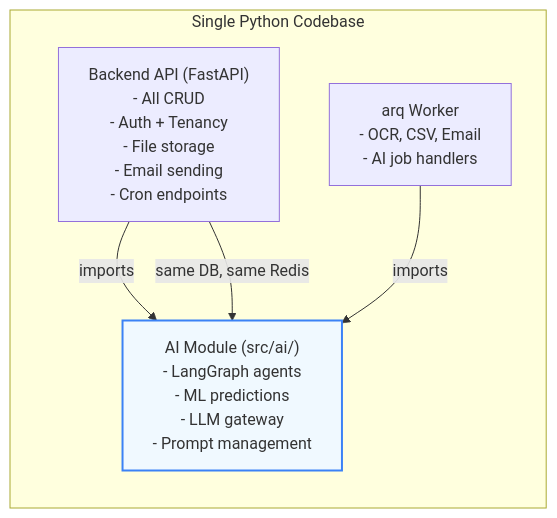
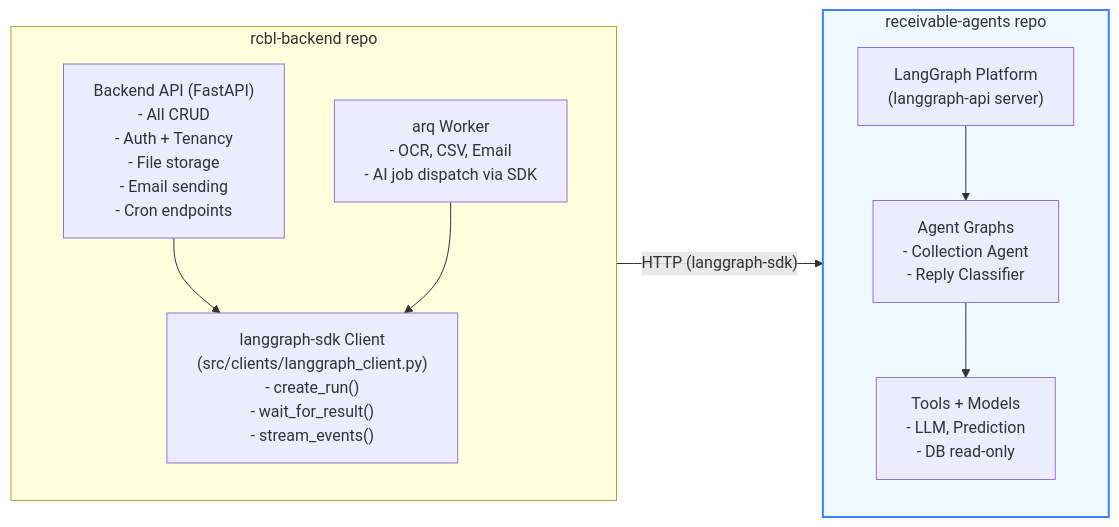
Before and after one commit to bhanu-singh/rcbl-ntfr: diagram 11 of 16 in docs/architecture.md, drawn with Mermaid. The commit also changed other lines of this file and 1 other file, not shown here.

````diff
--- a/docs/architecture.md
+++ b/docs/architecture.md
@@ -858,15 +844,24 @@
 ```mermaid
 graph LR
-    subgraph PYTHON_APP["Single Python Codebase"]
+    subgraph BACKEND_REPO["rcbl-backend repo"]
         direction TB
         API["Backend API (FastAPI)<br/>- All CRUD<br/>- Auth + Tenancy<br/>- File storage<br/>- Email sending<br/>- Cron endpoints"]
-        AI["AI Module (src/ai/)<br/>- LangGraph agents<br/>- ML predictions<br/>- LLM gateway<br/>- Prompt management"]
-        WORKER["arq Worker<br/>- OCR, CSV, Email<br/>- AI job handlers"]
+        SDK["langgraph-sdk Client<br/>(src/clients/langgraph_client.py)<br/>- create_run()<br/>- wait_for_result()<br/>- stream_events()"]
+        WORKER["arq Worker<br/>- OCR, CSV, Email<br/>- AI job dispatch via SDK"]
     end
 
-    API -->|"imports"| AI
-    WORKER -->|"imports"| AI
-    API -->|"same DB, same Redis"| AI
+    subgraph AGENT_REPO["receivable-agents repo"]
+        direction TB
+        PLATFORM["LangGraph Platform<br/>(langgraph-api server)"]
+        AGENTS["Agent Graphs<br/>- Collection Agent<br/>- Reply Classifier"]
+        TOOLS["Tools + Models<br/>- LLM, Prediction<br/>- DB read-only"]
+    end
 
-    style AI fill:#f0f9ff,stroke:#3b82f6,stroke-width:2px
+    API --> SDK
+    WORKER --> SDK
+    SDK -->|"HTTP (langgraph-sdk)"| PLATFORM
+    PLATFORM --> AGENTS
+    AGENTS --> TOOLS
+
+    style AGENT_REPO fill:#f0f9ff,stroke:#3b82f6,stroke-width:2px
 ```
````
